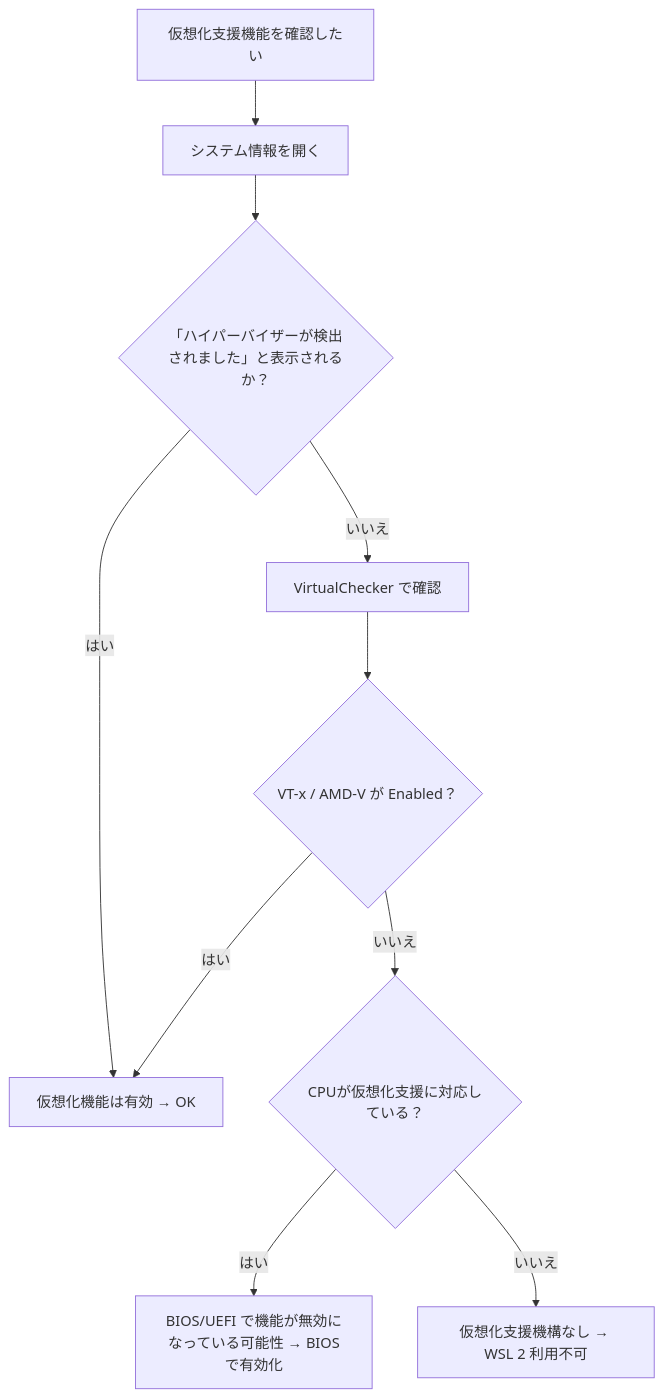
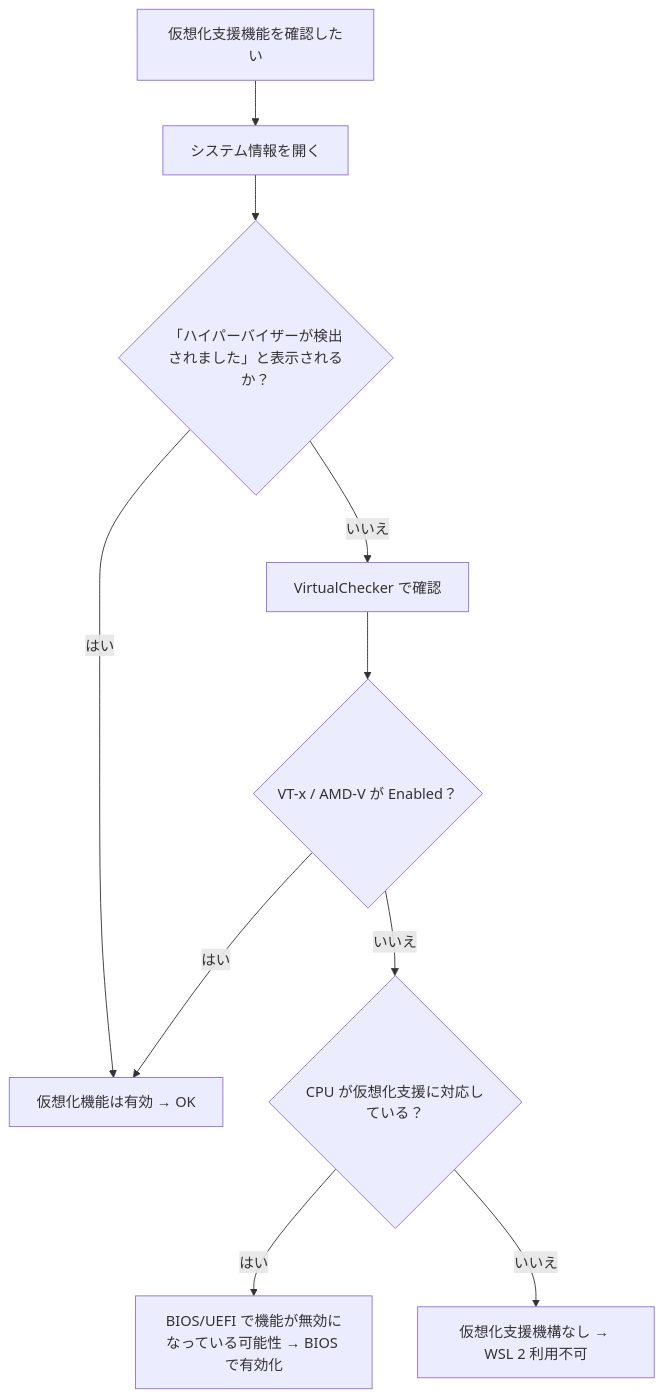
One commit to atsushifx/zenn-dev changed the first of 3 diagrams in articles/wsl2-setup-without-wsl-command.md. Above: the diagram before and after it, drawn with Mermaid. The commit also changed other lines of this file and 2 other files, not shown here.

````diff
--- a/articles/wsl2-setup-without-wsl-command.md
+++ b/articles/wsl2-setup-without-wsl-command.md
@@ -190,16 +180,16 @@
 ```mermaid
 graph TD
   A[仮想化支援機能を確認したい] --> B[システム情報を開く]
   B --> C{「ハイパーバイザーが検出されました」と表示されるか？}
 
   C -- はい --> Z[仮想化機能は有効 → OK]
   C -- いいえ --> D[VirtualChecker で確認]
 
   D --> E{VT-x / AMD-V が Enabled？}
   E -- はい --> Z
-  E -- いいえ --> F{CPUが仮想化支援に対応している？}
+  E -- いいえ --> F{CPU が仮想化支援に対応している？}
 
-  F -- はい --> G[BIOS/UEFI で機能が無効になっている可能性 → BIOSで有効化]
+  F -- はい --> G[BIOS/UEFI で機能が無効になっている可能性 → BIOS で有効化]
   F -- いいえ --> H[仮想化支援機構なし → WSL 2 利用不可]
 
 ```
````
